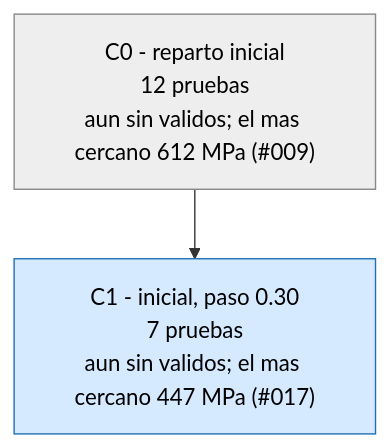
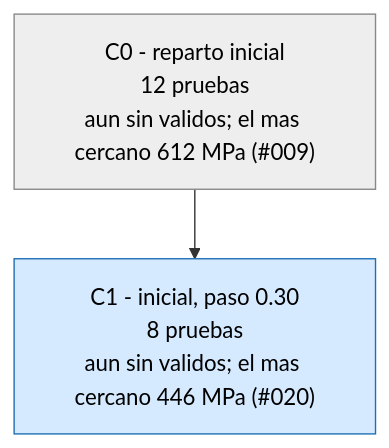
Before and after one commit to Hugiko/msd-soporte-optimizacion: the third of 3 diagrams in runs/opt_37800N/ARBOL.md, drawn with Mermaid. The commit also changed 22 other files, not shown here.

````diff
--- a/runs/opt_37800N/ARBOL.md
+++ b/runs/opt_37800N/ARBOL.md
@@ -33,9 +33,9 @@
 ```mermaid
 graph TD
 classDef activa fill:#d6eaff,stroke:#1f6fb5,color:#000
 classDef fin fill:#eeeeee,stroke:#888,color:#000
 classDef mejor fill:#c8f0c0,stroke:#1a9850,stroke-width:4px,color:#000
 C0["C0 - reparto inicial<br/>12 pruebas<br/>aun sin validos; el mas cercano 612 MPa (#009)"]:::fin
-C1["C1 - inicial, paso 0.30<br/>7 pruebas<br/>aun sin validos; el mas cercano 447 MPa (#017)"]:::activa
+C1["C1 - inicial, paso 0.30<br/>8 pruebas<br/>aun sin validos; el mas cercano 446 MPa (#020)"]:::activa
 C0 --> C1
 ```
````
